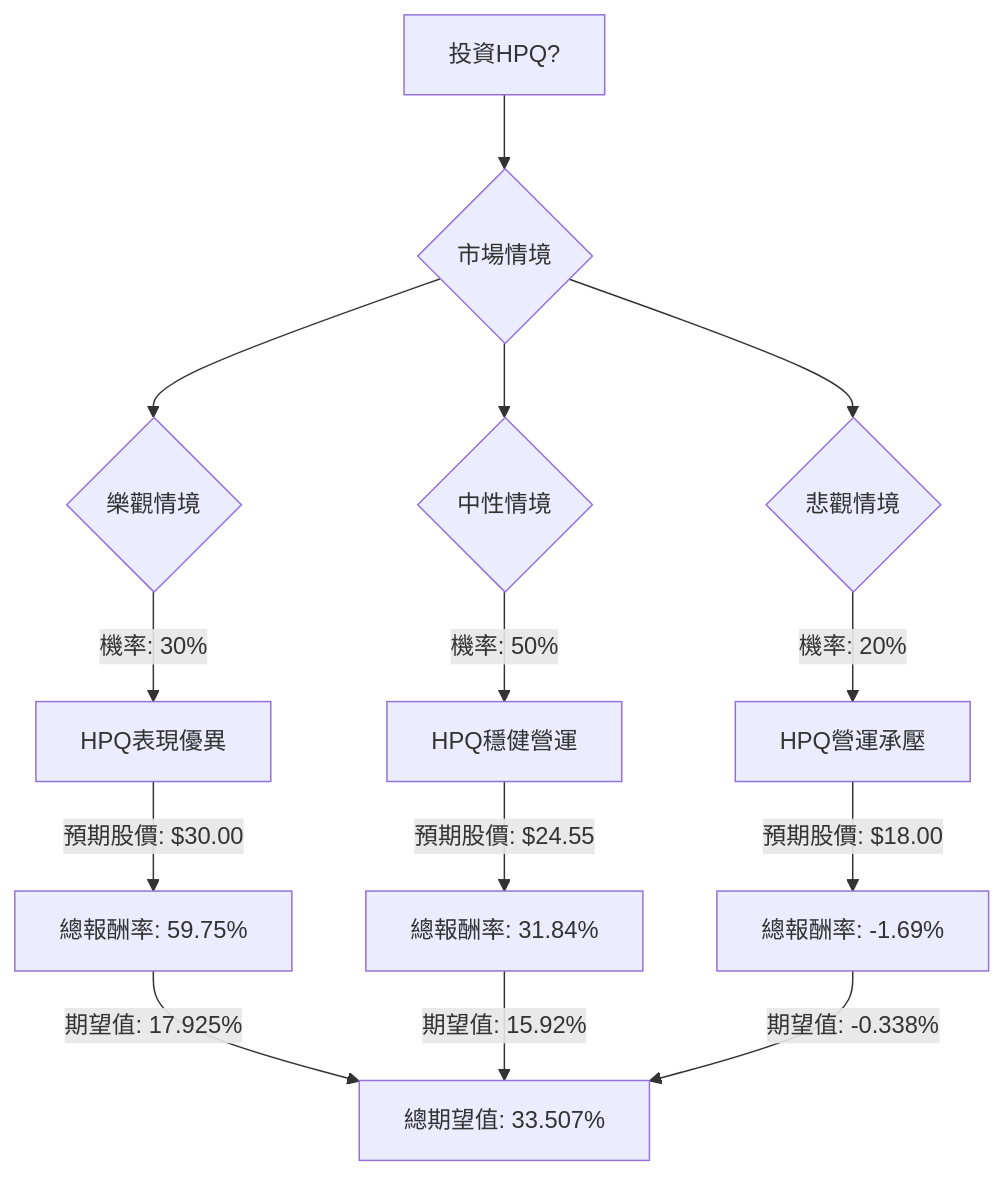
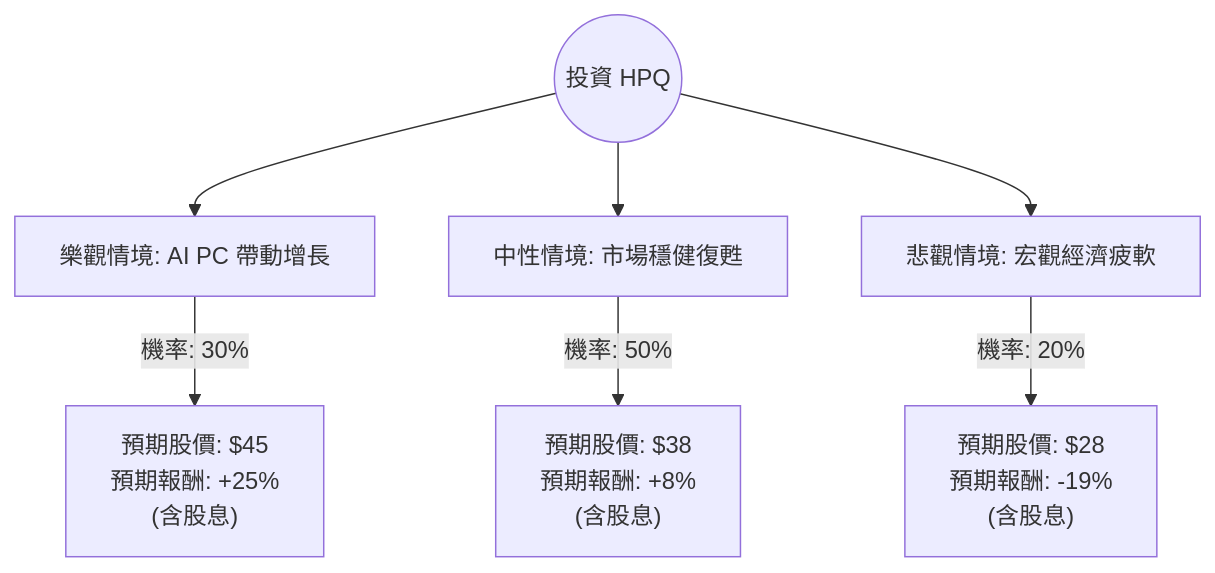
Before and after one commit to zmcx16/zmcx16.github.io: the diagram in plugin-react/ai-analysis/ev-analysis/HPQ.md, drawn with Mermaid. The commit also changed other lines of this file and 80 other files, not shown here.

````diff
--- a/plugin-react/ai-analysis/ev-analysis/HPQ.md
+++ b/plugin-react/ai-analysis/ev-analysis/HPQ.md
@@ -44,21 +16,10 @@
 ```mermaid
 graph TD
-    A[投資HPQ?] --> B{市場情境};
+    Start((投資 HPQ)) --> Bull[樂觀情境: AI PC 帶動增長]
+    Start --> Base[中性情境: 市場穩健復甦]
+    Start --> Bear[悲觀情境: 宏觀經濟疲軟]
 
-    B --> C{樂觀情境};
-    C -- 機率: 30% --> C1[HPQ表現優異];
-    C1 -- 預期股價: $30.00 --> C2[總報酬率: 59.75%];
-    C2 -- 期望值: 17.925% --> D[總期望值];
-
-    B --> E{中性情境};
-    E -- 機率: 50% --> E1[HPQ穩健營運];
-    E1 -- 預期股價: $24.55 --> E2[總報酬率: 31.84%];
-    E2 -- 期望值: 15.92% --> D;
-
-    B --> F{悲觀情境};
-    F -- 機率: 20% --> F1[HPQ營運承壓];
-    F1 -- 預期股價: $18.00 --> F2[總報酬率: -1.69%];
-    F2 -- 期望值: -0.338% --> D;
-
-    D[總期望值: 33.507%]
+    Bull -- "機率: 30%" --> BullVal["預期股價: $45 <br/> 預期報酬: +25% <br/> (含股息)"]
+    Base -- "機率: 50%" --> BaseVal["預期股價: $38 <br/> 預期報酬: +8% <br/> (含股息)"]
+    Bear -- "機率: 20%" --> BearVal["預期股價: $28 <br/> 預期報酬: -19% <br/> (含股息)"]
 ```
````
